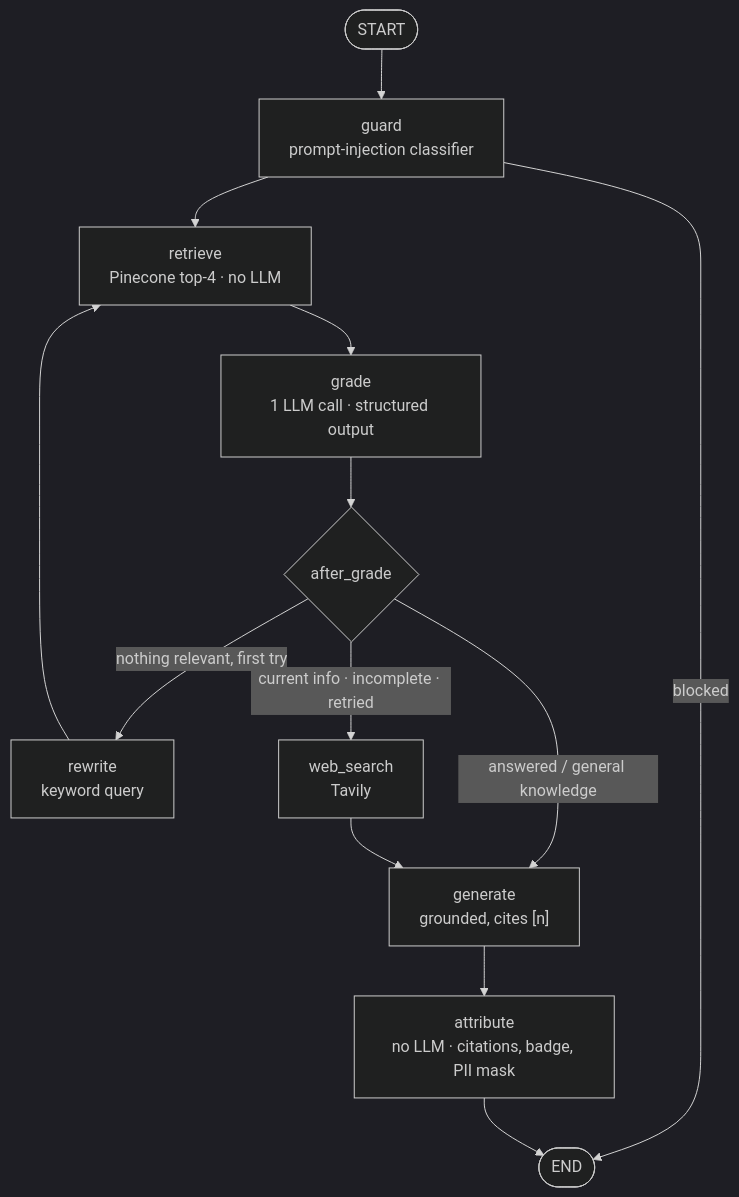
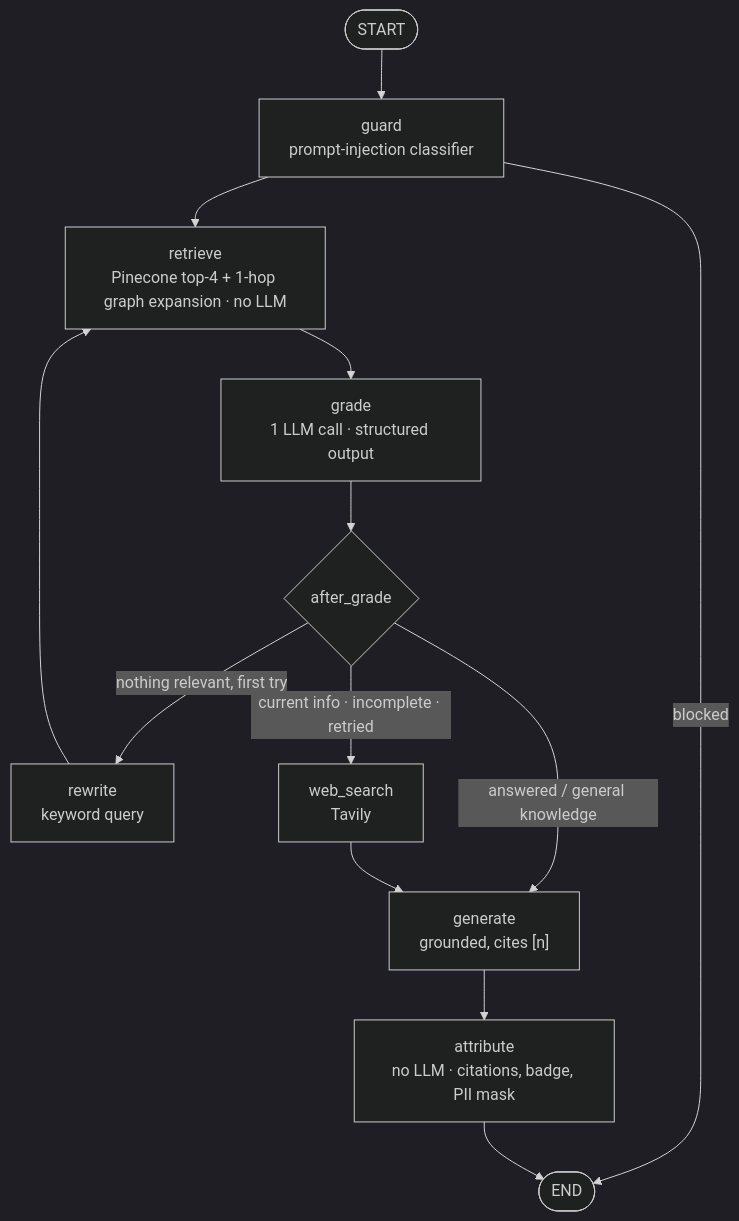
Before and after one commit to yashbhosale789/multimodal-rag: the second of 2 diagrams in README.md, drawn with Mermaid (dark theme). The commit also changed other lines of this file and 1 other file, not shown here.

First line of the commit message:
Document the knowledge graph: governance, README, eval results

````diff
--- a/README.md
+++ b/README.md
@@ -40,15 +46,15 @@
 ```mermaid
 flowchart TD
     START([START]) --> guard["guard<br/>prompt-injection classifier"]
     guard -- blocked --> END([END])
-    guard --> retrieve["retrieve<br/>Pinecone top-4 · no LLM"]
+    guard --> retrieve["retrieve<br/>Pinecone top-4 + 1-hop graph expansion · no LLM"]
     retrieve --> grade["grade<br/>1 LLM call · structured output"]
     grade --> decide{after_grade}
     decide -- "nothing relevant, first try" --> rewrite["rewrite<br/>keyword query"]
     rewrite --> retrieve
     decide -- "answered / general knowledge" --> generate
     decide -- "current info · incomplete · retried" --> web_search["web_search<br/>Tavily"]
     web_search --> generate["generate<br/>grounded, cites [n]"]
     generate --> attribute["attribute<br/>no LLM · citations, badge, PII mask"]
     attribute --> END
 ```
````
